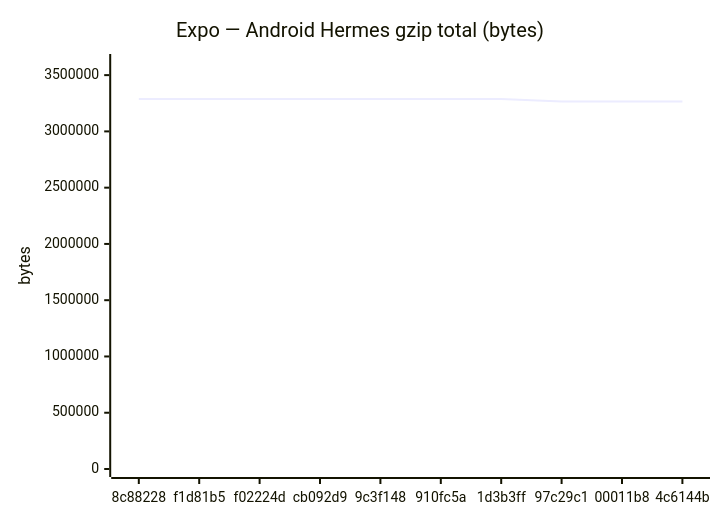
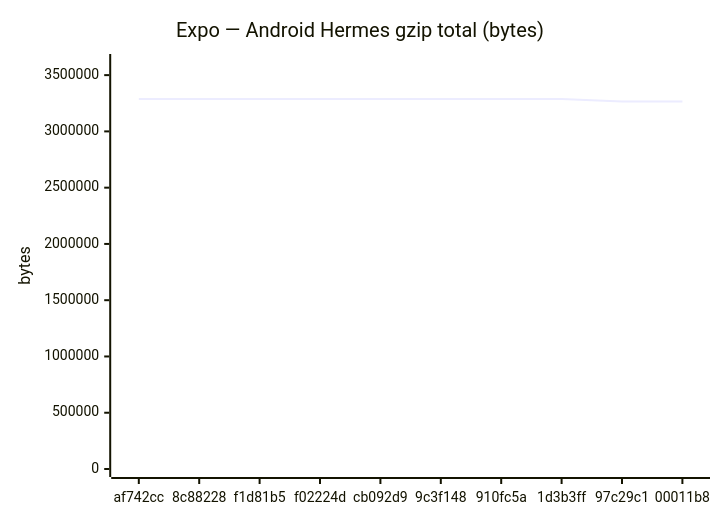
One commit to Metaheurist/Rianell changed the fifth of 18 diagrams in benchmarks/compare.md. Above: the diagram before and after it, drawn with Mermaid. The commit also changed other lines of this file and 12 other files, not shown here.

````diff
--- a/benchmarks/compare.md
+++ b/benchmarks/compare.md
@@ -89,7 +89,7 @@
 ```mermaid
 xychart-beta
     title "Expo — Android Hermes gzip total (bytes)"
-    x-axis ["8c88228", "f1d81b5", "f02224d", "cb092d9", "9c3f148", "910fc5a", "1d3b3ff", "97c29c1", "00011b8", "4c6144b"]
+    x-axis ["af742cc", "8c88228", "f1d81b5", "f02224d", "cb092d9", "9c3f148", "910fc5a", "1d3b3ff", "97c29c1", "00011b8"]
     y-axis "bytes" 0 --> 3616656
-    line [3287869, 3287424, 3287426, 3287424, 3287424, 3287869, 3287424, 3266092, 3266094, 3266092]
+    line [3287424, 3287869, 3287424, 3287426, 3287424, 3287424, 3287869, 3287424, 3266092, 3266094]
 ```
````
